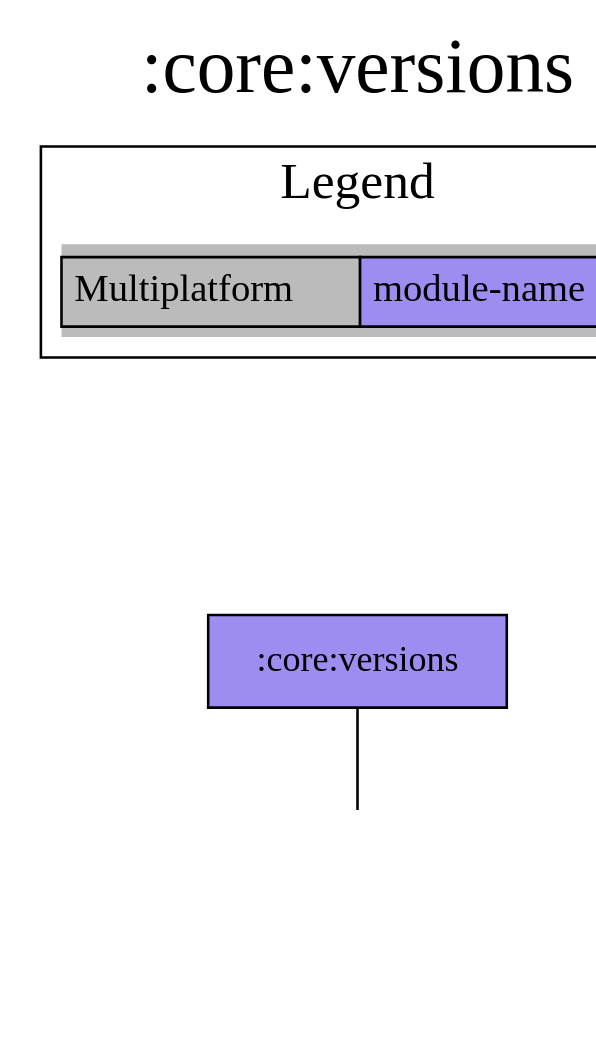
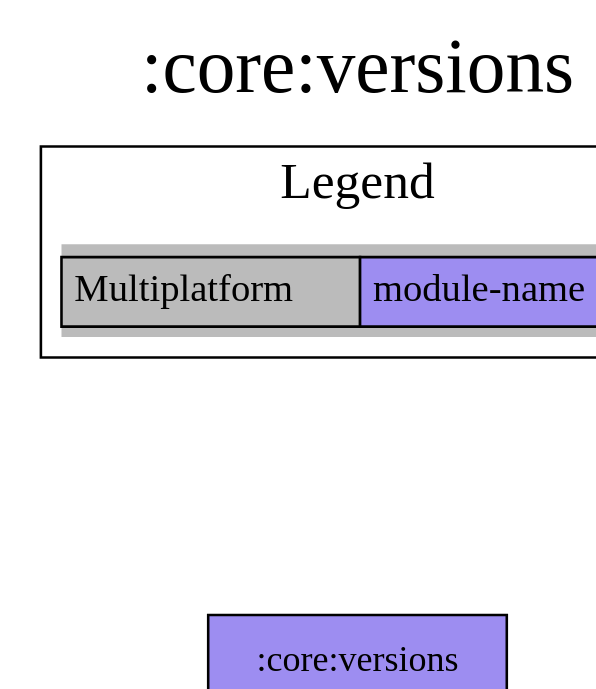
The diagram in modules/core/versions/project-dependency-graph.dot (jonapoul/aktual), drawn with Graphviz before and after one commit. The commit also changed 143 other files, not shown here.

```diff
--- a/modules/core/versions/project-dependency-graph.dot
+++ b/modules/core/versions/project-dependency-graph.dot
@@ -1,21 +1,19 @@
 digraph {
 edge ["dir"="forward"]
 graph ["dpi"="100","label"=":core:versions","labelloc"="t","fontsize"="30","ranksep"="1.5","rankdir"="TB"]
 node ["style"="filled"]
-":core:buildconfig" ["fillcolor"="#9D8DF1","shape"="box"]
 ":core:versions" ["fillcolor"="#9D8DF1","shape"="box"]
 {
 edge ["dir"="none"]
 graph ["rank"="same"]
 }
-":core:versions" -> ":core:buildconfig"
 subgraph "cluster_legend" {
 edge ["dir"="none"]
 graph ["label"="Legend","fontsize"="20"]
 "Legend" ["style"="filled","fillcolor"="#bbbbbb","shape"="none","margin"="0","fontsize"="15","label"=<
 <TABLE BORDER="0" CELLBORDER="1" CELLSPACING="0" CELLPADDING="4">
 <TR><TD>Multiplatform</TD><TD BGCOLOR="#9D8DF1">module-name</TD></TR>
 </TABLE>
 >]
 } -> ":core:versions" ["style"="invis"]
 }
```
